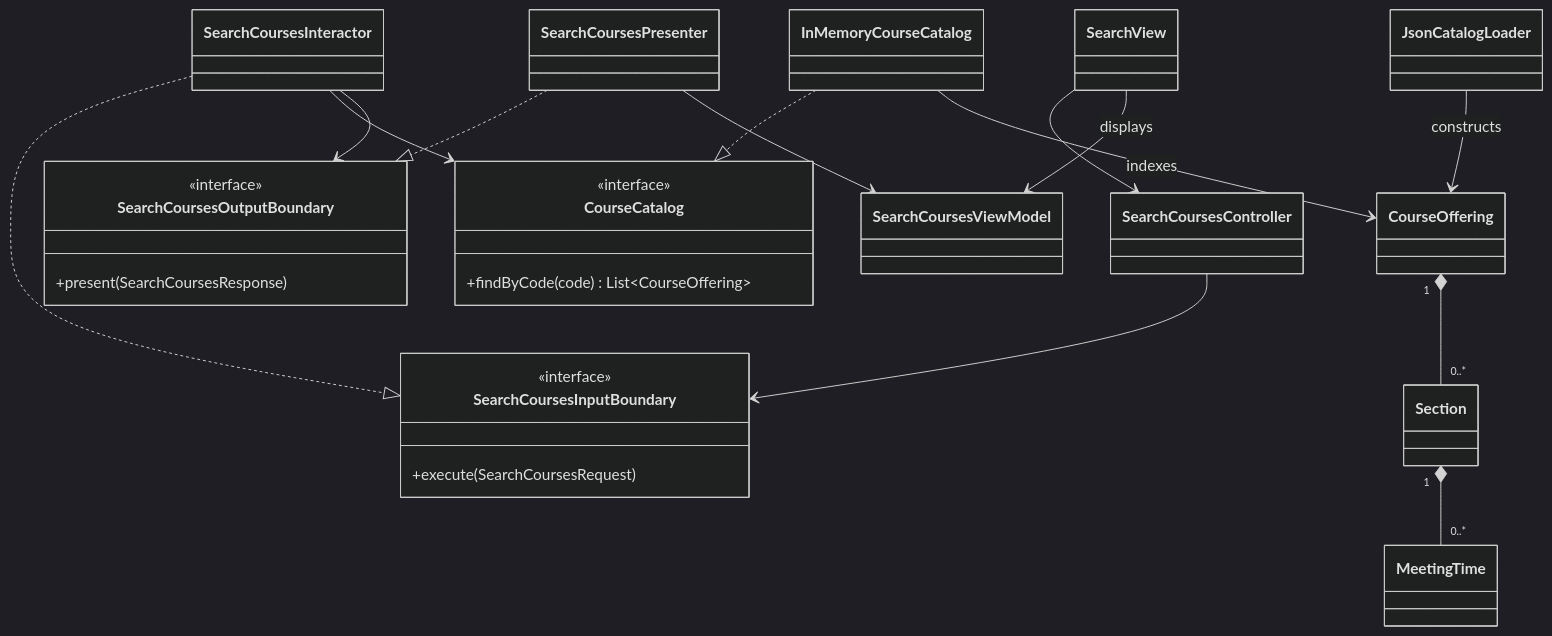
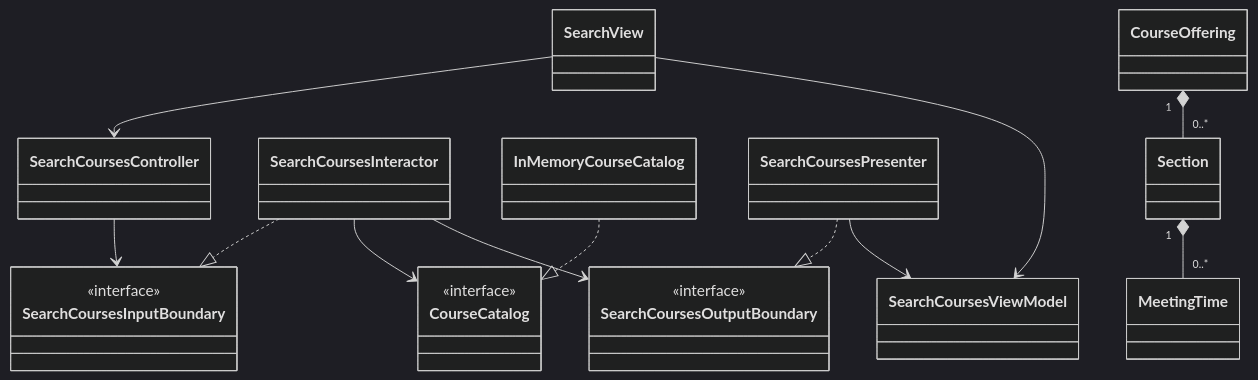
One commit to efeatalay9/207-course-project changed the first of 2 diagrams in docs/architecture.md. Above: the diagram before and after it, drawn with Mermaid (dark theme). The commit also changed other lines of this file and 57 other files, not shown here.

````diff
--- a/docs/architecture.md
+++ b/docs/architecture.md
@@ -48,29 +28,23 @@
 ```mermaid
 classDiagram
     class SearchCoursesInputBoundary {
         <<interface>>
-        +execute(SearchCoursesRequest)
     }
     class CourseCatalog {
         <<interface>>
-        +findByCode(code) List~CourseOffering~
     }
     class SearchCoursesOutputBoundary {
         <<interface>>
-        +present(SearchCoursesResponse)
     }
-
+    SearchView --> SearchCoursesController
+    SearchView --> SearchCoursesViewModel
     SearchCoursesController --> SearchCoursesInputBoundary
     SearchCoursesInteractor ..|> SearchCoursesInputBoundary
     SearchCoursesInteractor --> CourseCatalog
     SearchCoursesInteractor --> SearchCoursesOutputBoundary
     InMemoryCourseCatalog ..|> CourseCatalog
-    JsonCatalogLoader --> CourseOffering : constructs
-    InMemoryCourseCatalog --> CourseOffering : indexes
     SearchCoursesPresenter ..|> SearchCoursesOutputBoundary
     SearchCoursesPresenter --> SearchCoursesViewModel
-    SearchView --> SearchCoursesController
-    SearchView --> SearchCoursesViewModel : displays
     CourseOffering "1" *-- "0..*" Section
     Section "1" *-- "0..*" MeetingTime
 ```
````
